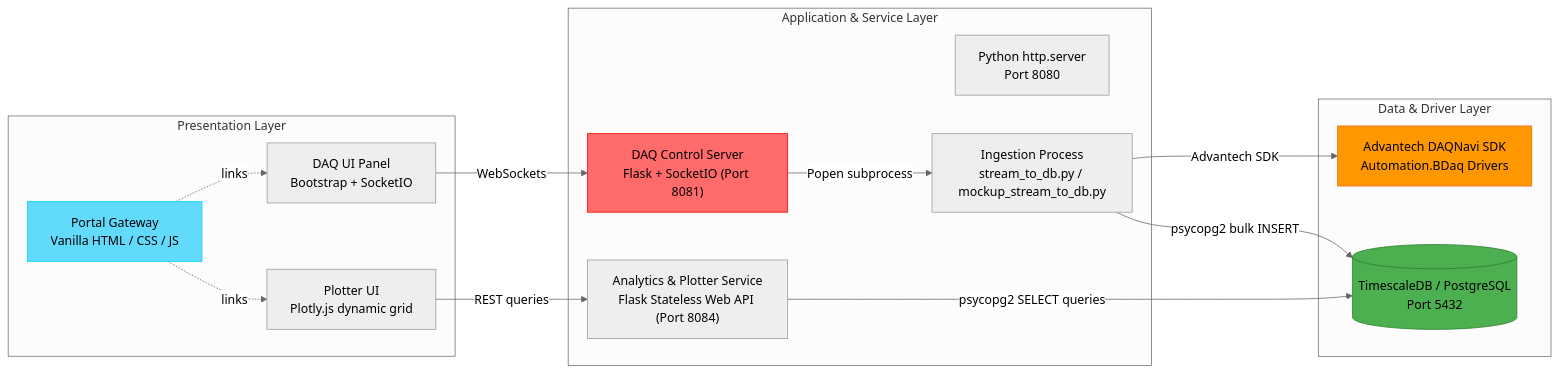
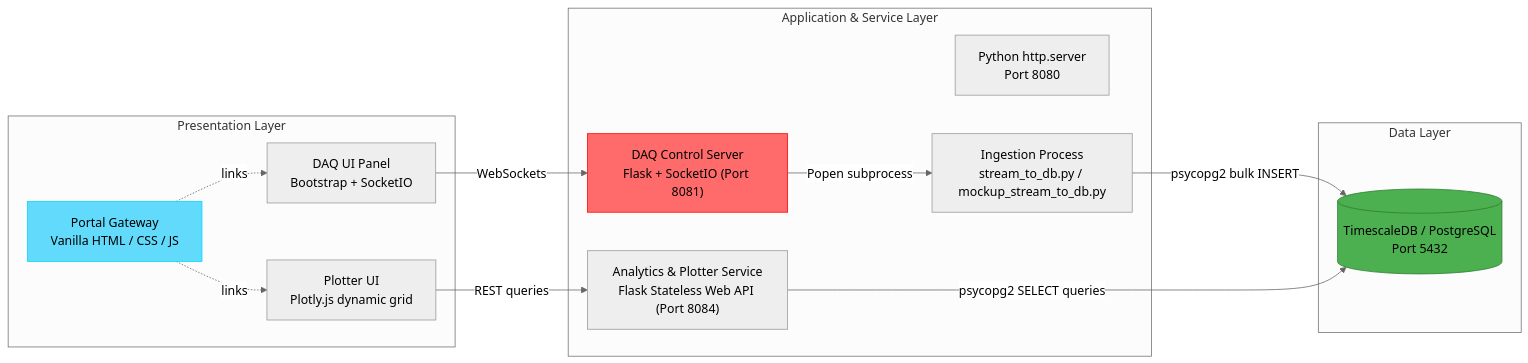
One commit to Faiisu/DAQ-USB-4716 changed the second of 3 diagrams in README.md. Above: the diagram before and after it, drawn with Mermaid (neutral theme).

Commit message:
refactor(readme): rename to Data Layer and point ingestion pipeline directly to database

````diff
--- a/README.md
+++ b/README.md
@@ -49,36 +49,33 @@
 ```mermaid
 graph LR
     subgraph "Presentation Layer"
         Portal[Portal Gateway<br/>Vanilla HTML / CSS / JS]
         DAQView[DAQ UI Panel<br/>Bootstrap + SocketIO]
         PlotView[Plotter UI<br/>Plotly.js dynamic grid]
     end
 
     subgraph "Application & Service Layer"
         WebServer[Python http.server<br/>Port 8080]
         DAQGUISvc["DAQ Control Server<br/>Flask + SocketIO (Port 8081)"]
         PlotSvc["Analytics & Plotter Service<br/>Flask Stateless Web API (Port 8084)"]
         DAQStream[Ingestion Process<br/>stream_to_db.py / mockup_stream_to_db.py]
     end
 
-    subgraph "Data & Driver Layer"
+    subgraph "Data Layer"
         TimescaleDB[(TimescaleDB / PostgreSQL<br/>Port 5432)]
-        BDAQSDK[Advantech DAQNavi SDK<br/>Automation.BDaq Drivers]
     end
 
     Portal -.->|links| DAQView
     Portal -.->|links| PlotView
 
     DAQView -->|WebSockets| DAQGUISvc
     DAQGUISvc -->|Popen subprocess| DAQStream
     PlotView -->|REST queries| PlotSvc
 
-    DAQStream -->|Advantech SDK| BDAQSDK
     DAQStream -->|psycopg2 bulk INSERT| TimescaleDB
     PlotSvc -->|psycopg2 SELECT queries| TimescaleDB
 
     style Portal fill:#61dafb,stroke:#00d8ff,color:#000
     style DAQGUISvc fill:#ff6b6b,stroke:#ff0000,color:#000
     style TimescaleDB fill:#4caf50,stroke:#2e7d32,color:#000
-    style BDAQSDK fill:#ff9800,stroke:#ef6c00,color:#000
 ```
````
